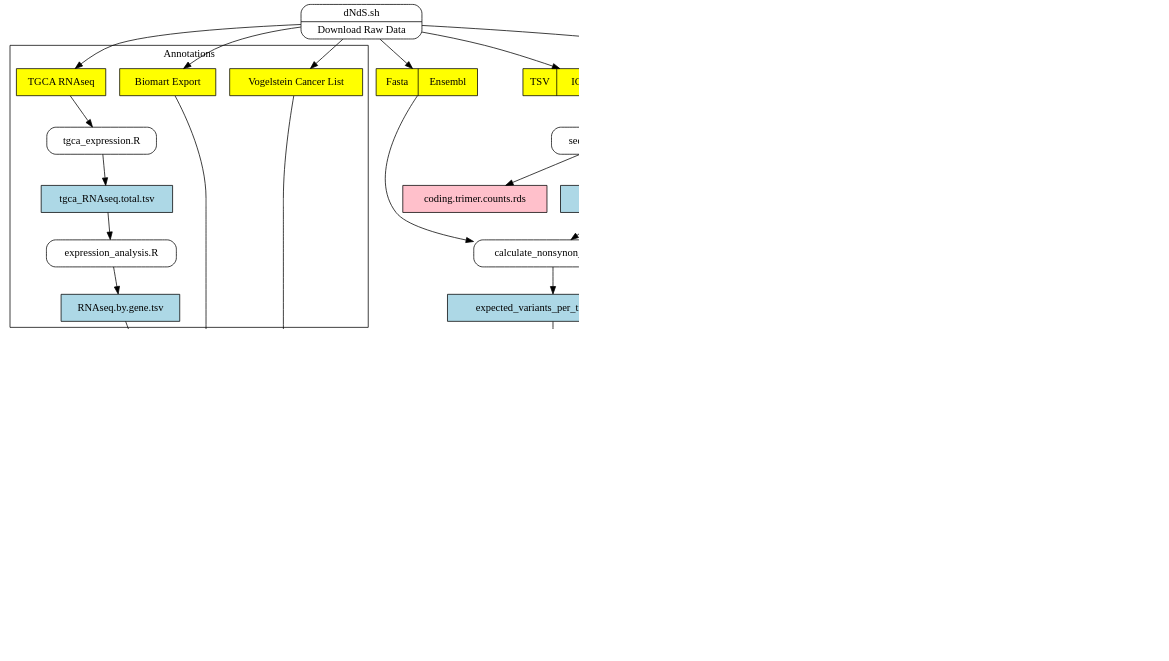
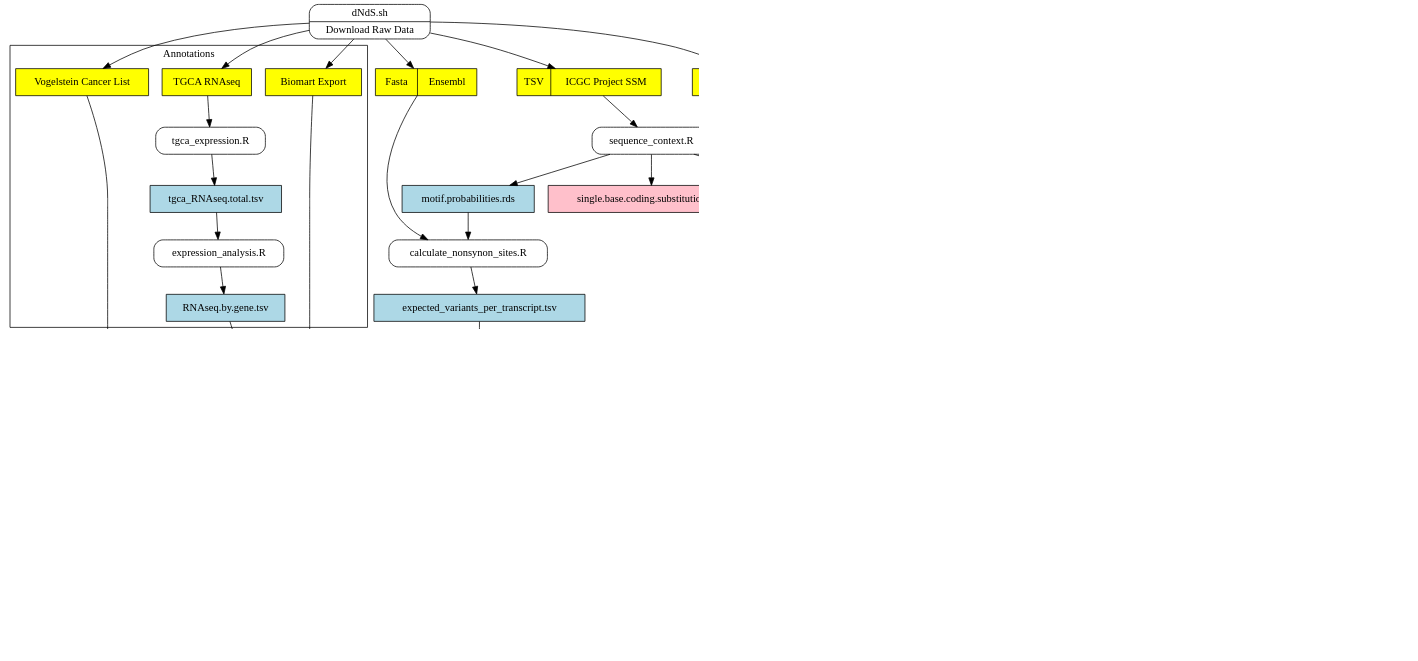
The diagram in data_flow_diagram.gv (daniel-wells/somatic-selection), drawn with Graphviz before and after one commit. The commit also changed 1 other file, not shown here.

Commit message:
add aggregated mutations to data flow diagram

```diff
--- a/data_flow_diagram.gv
+++ b/data_flow_diagram.gv
@@ -1,86 +1,87 @@
 # create on the command line by:
 # dot -Tpng data_flow_diagram.gv -o data_flow_diagram.png
 digraph dfd2{
 	graph [ dpi = 150 ]; 
         node[shape=record]
         subgraph level0{
         enti1 [label="Fasta | Ensembl", style=filled, fillcolor=yellow];
         enti2 [label="VFC | ICGC aggregated", style=filled, fillcolor=yellow];
         enti6 [label="TSV | ICGC Project SSM", style=filled, fillcolor=yellow];
                         {rank=same; enti1, enti2, enti6}
 
         enti5 [label="expected_variants_per_transcript.tsv" shape=box, style=filled, fillcolor=lightblue];
         enti8 [label="observed_variants_by_transcript.tsv" shape=box, style=filled, fillcolor=lightblue];
         enti9 [label="dNdS_by_transcript.tsv" shape=box, style=filled, fillcolor=lightblue];
         enti10 [label="dNdS_by_gene.tsv" shape=box, style=filled, fillcolor=green];
         enti11 [label="Graphs.pdf" shape=box, style=filled, fillcolor=green];
         enti14 [label="simple_somatic_mutation.aggregated.filtered.vcf" shape=box, style=filled, fillcolor=lightblue];
         enti15 [label="observed_variants_by_transcript.filtered.tsv" shape=box, style=filled, fillcolor=lightblue];
         enti16 [label="single.base.coding.substitutions.rds" shape=box, style=filled, fillcolor=pink];
         enti17 [label="coding.trimer.counts.rds" shape=box, style=filled, fillcolor=pink];
         enti18 [label="motif.probabilities.rds" shape=box, style=filled, fillcolor=lightblue];
+        enti19 [label="simple.somatic.mutations.aggregated.rds" shape=box, style=filled, fillcolor=pink];
 
         proc1 [label="calculate_nonsynon_sites.R}" shape=Mrecord];
         proc3 [label="calculate_dNdS.R}" shape=Mrecord];
         proc4 [label="analyse_dNdS.R}" shape=Mrecord];
         proc5 [label="flatten_vcf.py}" shape=Mrecord];
         proc8 [label="{dNdS.sh|Download Raw Data}" shape=Mrecord];
         proc9 [label="{dNdS.sh|Filter}" shape=Mrecord];
         proc10 [label="{dNdS.sh|Filter}" shape=Mrecord];
         proc11 [label="{sequence_context.R}" shape=Mrecord];
         }
 
        subgraph cluster_level1{
                         label ="Annotations" rank="max";
         		enti3 [label="Biomart Export" shape=box, style=filled, fillcolor=yellow];
 	        	enti4 [label="Vogelstein Cancer List" shape=box, style=filled, fillcolor=yellow];
 	        	enti12 [label="TGCA RNAseq" shape=box, style=filled, fillcolor=yellow];
 
 			enti7 [label="tgca_RNAseq.total.tsv" shape=box, style=filled, fillcolor=lightblue];
 			enti13 [label="RNAseq.by.gene.tsv" shape=box, style=filled, fillcolor=lightblue];
 
 	        	proc6 [label="tgca_expression.R}" shape=Mrecord];
 	        	proc7 [label="expression_analysis.R}" shape=Mrecord];
 
                        # store1 [label="<f0>    |<f1> Data store one"];
                        # store2 [label="<f0>   |<f1> Data store two"];
                        # {rank=same; store1, store2}
 
         }
 
 	subgraph cluster_level2{
                         label ="Key" fontsize="25" rank="min";
         		raw [label="Raw Data" shape=box, style=filled, fillcolor=yellow];
 		data [label="Intermediate Data" shape=box, style=filled, fillcolor=lightblue];
 		cachedata [label="Cached Data" shape=box, style=filled, fillcolor=pink];
 	       results [label="Result" shape=box, style=filled, fillcolor=green];
 	        	script [label="Script" shape=Mrecord];
         }
 
 	# Download Data
 	proc8 -> {enti1, enti2, enti3, enti4, enti12, enti6}
 	
 	enti6 -> proc11
-	proc11 -> {enti16,enti17,enti18}
+	proc11 -> {enti16,enti17,enti18,enti19}
 	enti18 -> proc1
 	
 	# Ensembl Fasta
 	enti1 -> proc1 -> enti5 -> proc3
 
 	# ICGC VCF
 	enti2 -> proc9 -> enti14 -> proc5-> enti8-> proc10-> enti15 -> proc3
 
 	# Calculate dNdS to results
 	proc3 -> enti9 -> proc4 -> {enti10 enti11}
 
 	# Add annotations
 	{enti3,enti4} -> proc4 
 
 	# RNA Expression
 	enti12 -> proc6 -> enti7 -> proc7 -> enti13 -> proc4
 
 	# Key
 #	raw -> script -> data -> results [style=invis]
 	 enti9 -> script  [style=invis, minlen=2]
 
 }
```
